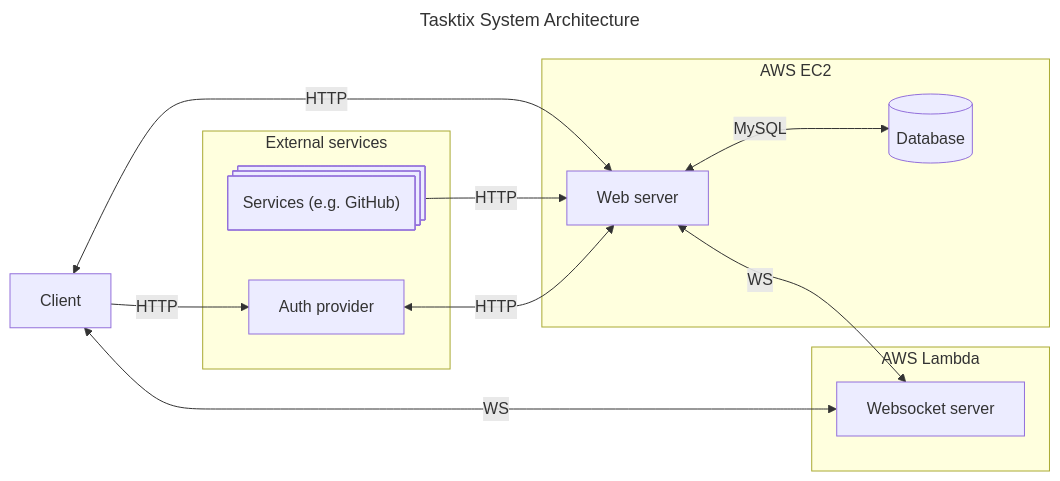
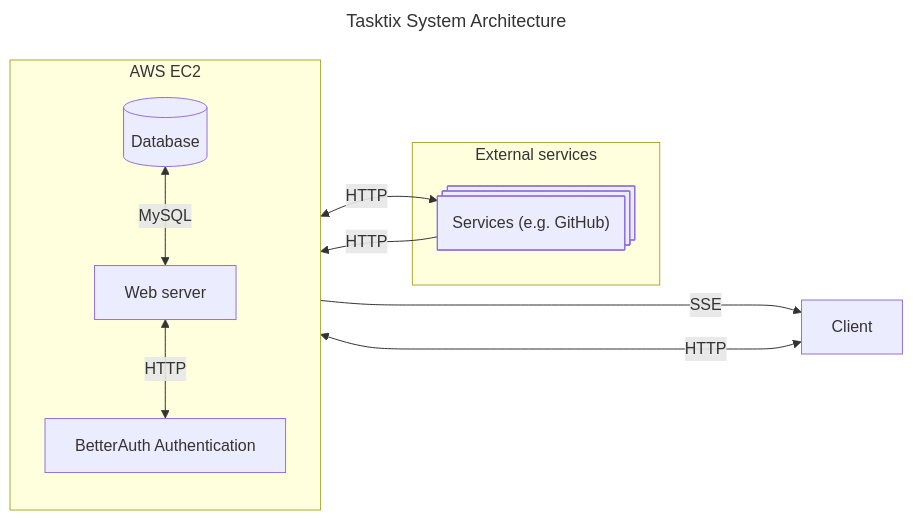
The first of 3 diagrams in docs/architecture.md (Tasktix/Tasktix), drawn with Mermaid before and after one commit. The commit also changed other lines of this file, not shown here.

First line of the commit message:
docs: update architecture docs (#104)

````diff
--- a/docs/architecture.md
+++ b/docs/architecture.md
@@ -6,28 +6,23 @@
 ```mermaid
 ---
 title: Tasktix System Architecture
 ---
 flowchart LR
   c[Client]
   subgraph AWS EC2
-
+    direction BT
     s[Web server]
-
     d@{shape: cyl, label: Database}
-
-  end
-  subgraph AWS Lambda
-    w[Websocket server]
+    a[BetterAuth Authentication]
   end
 
   subgraph External services
     g@{shape: processes, label: Services (e.g. GitHub)}
-    a[Auth provider]
   end
 
-  c <-->|HTTP| s <-->|MySQL| d
-  s <-->|WS| w <-->|WS| c
+  c <--->|HTTP| s ---->|SSE| c
+  s <-->|MySQL| d
   g -->|HTTP| s
-  c -->|HTTP| a
   a <-->|HTTP| s
+  a <-->|HTTP| g
 ```
````
